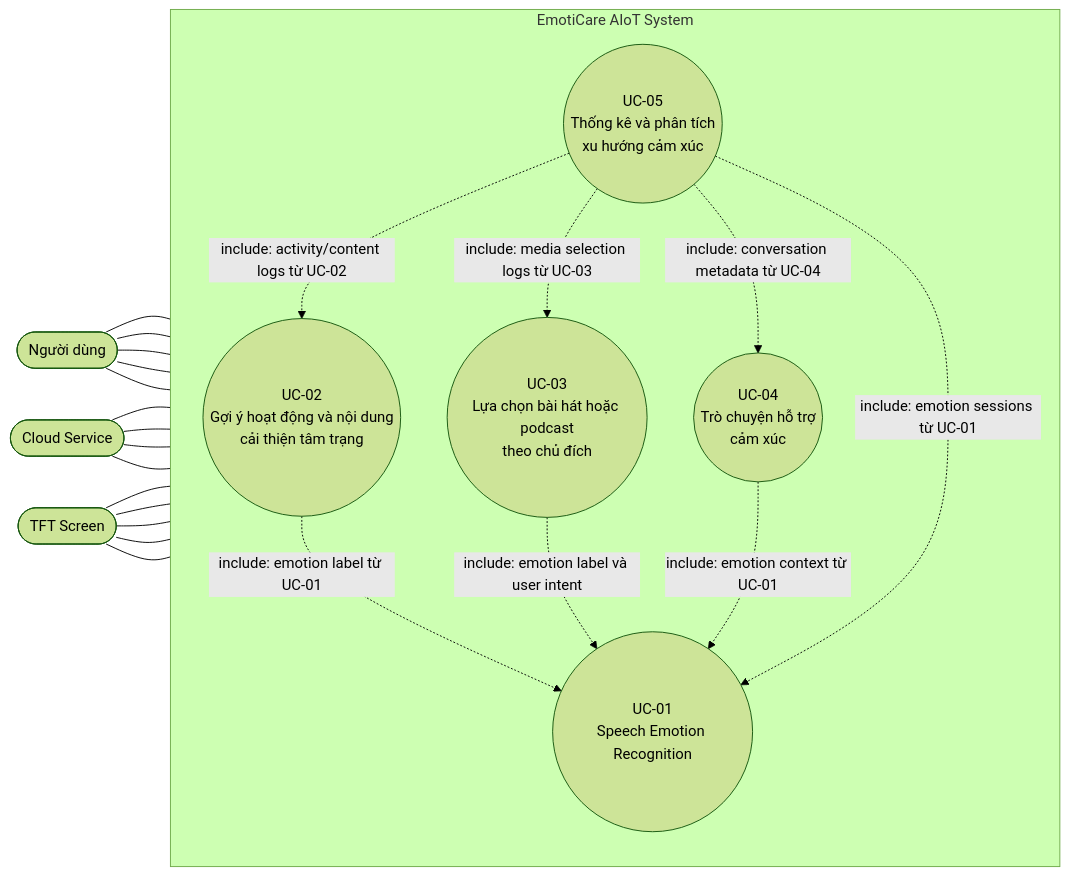
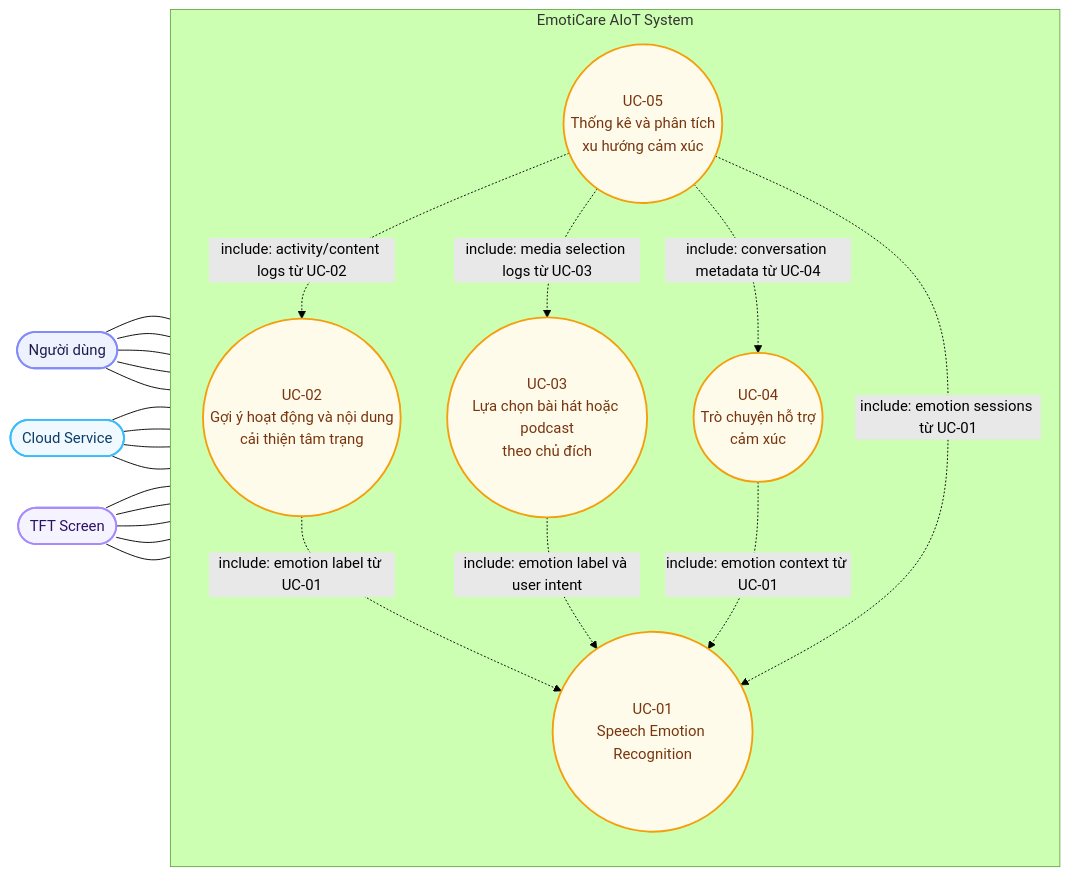
One commit to Computer-Vision-HCMUS/AIoT-Server changed the second of 12 diagrams in docs/Spectification/EmotiCareAIoT/03_Objectives.md. Above: the diagram before and after it, drawn with Mermaid (forest theme). The commit also changed other lines of this file and 88 other files, not shown here.

````diff
--- a/docs/Spectification/EmotiCareAIoT/03_Objectives.md
+++ b/docs/Spectification/EmotiCareAIoT/03_Objectives.md
@@ -51,38 +72,50 @@
 ```mermaid
 flowchart LR
     User(["Người dùng"])
     Cloud(["Cloud Service"])
     TFT(["TFT Screen"])
 
     subgraph System["EmotiCare AIoT System"]
         direction TB
         UC01(("UC-01\nSpeech Emotion Recognition"))
         UC02(("UC-02\nGợi ý hoạt động và nội dung\ncải thiện tâm trạng"))
         UC03(("UC-03\nLựa chọn bài hát hoặc podcast\ntheo chủ đích"))
         UC04(("UC-04\nTrò chuyện hỗ trợ\ncảm xúc"))
         UC05(("UC-05\nThống kê và phân tích\nxu hướng cảm xúc"))
     end
 
     User --- UC01
     User --- UC02
     User --- UC03
     User --- UC04
     User --- UC05
     Cloud --- UC02
     Cloud --- UC03
     Cloud --- UC04
     Cloud --- UC05
     TFT --- UC01
     TFT --- UC02
     TFT --- UC03
     TFT --- UC04
     TFT --- UC05
 
     UC02 -. "include: emotion label từ UC-01" .-> UC01
     UC03 -. "include: emotion label và user intent" .-> UC01
     UC04 -. "include: emotion context từ UC-01" .-> UC01
     UC05 -. "include: emotion sessions từ UC-01" .-> UC01
     UC05 -. "include: activity/content logs từ UC-02" .-> UC02
     UC05 -. "include: media selection logs từ UC-03" .-> UC03
     UC05 -. "include: conversation metadata từ UC-04" .-> UC04
+
+
+    classDef userNode stroke:#818cf8,fill:#eef2ff,stroke-width:2px,color:#1e1b4b
+    classDef edgeNode stroke:#a78bfa,fill:#f5f3ff,stroke-width:2px,color:#2e1065
+    classDef cacheNode stroke:#2dd4bf,fill:#f0fdfa,stroke-width:2px,color:#0d5a57
+    classDef cloudNode stroke:#38bdf8,fill:#f0f9ff,stroke-width:2px,color:#0c3d67
+    classDef serviceNode stroke:#4ade80,fill:#f0fdf4,stroke-width:2px,color:#1a3a1a
+    classDef actionNode stroke:#f59e0b,fill:#fffbeb,stroke-width:2px,color:#78350f
+    class User userNode
+    class TFT edgeNode
+    class Cloud cloudNode
+    class UC01,UC02,UC03,UC04,UC05 actionNode
 ```
````
